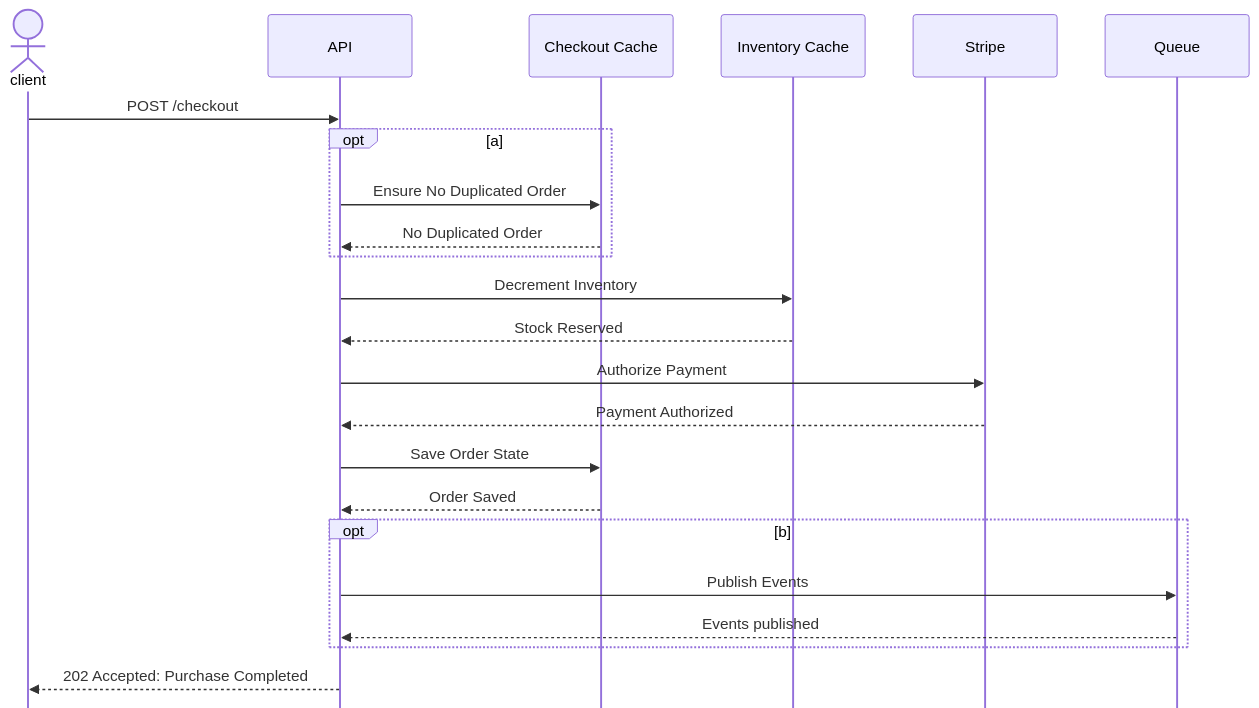
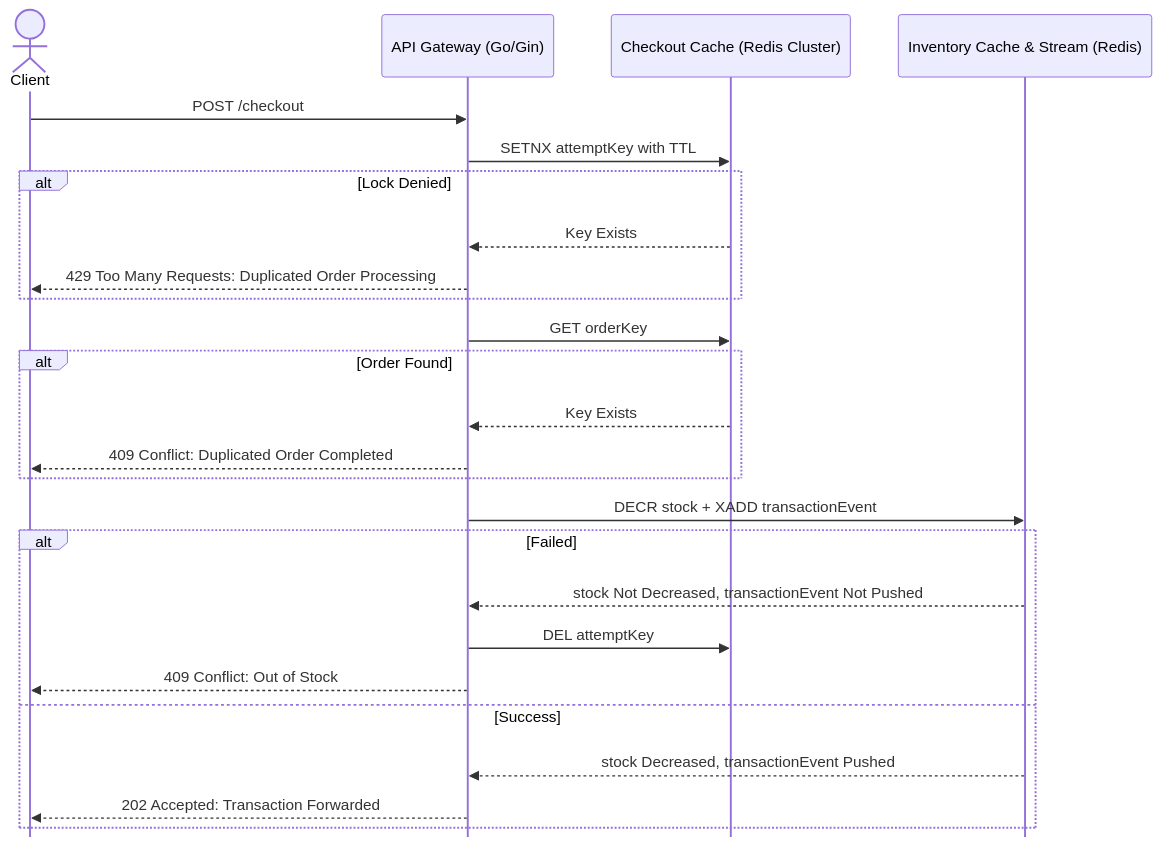
Before and after one commit to way-r/FairCheckout: the first of 4 diagrams in docs/DESIGN.md, drawn with Mermaid. The commit also changed other lines of this file, not shown here.

````diff
--- a/docs/DESIGN.md
+++ b/docs/DESIGN.md
@@ -21,34 +19,34 @@
 ```mermaid
 sequenceDiagram
-    %%{init: {'sequence': {'mirrorActors': false}}}%%    
+	%%{init: {'sequence': {'mirrorActors': false}}}%%
+	
+    actor C as Client
+    participant A as API Gateway (Go/Gin)
+    participant CC as Checkout Cache (Redis Cluster)
+    participant IC as Inventory Cache & Stream (Redis)
     
-    actor C as client
-    participant A as API
-    participant CC as Checkout Cache
-    participant IC as Inventory Cache
-    participant S as Stripe
-    participant Q as Queue
-
     C->>A: POST /checkout
     
-    opt a
-        A->>CC: Ensure No Duplicated Order
-        CC-->>A: No Duplicated Order
+    A->>CC: SETNX attemptKey with TTL
+    alt Lock Denied
+        CC-->>A: Key Exists
+        A-->>C: 429 Too Many Requests: Duplicated Order Processing
     end
     
-    A->>IC: Decrement Inventory
-    IC-->>A: Stock Reserved
-    
-    A->>S: Authorize Payment
-    S-->>A: Payment Authorized
-    
-    A->>CC: Save Order State
-    CC-->>A: Order Saved
-    
-    opt b
-        A->>Q: Publish Events
-        Q-->>A: Events published
+    A->>CC: GET orderKey
+    alt Order Found
+        CC-->>A: Key Exists
+        A-->>C: 409 Conflict: Duplicated Order Completed
     end
     
-    A-->>C: 202 Accepted: Purchase Completed
+	A->>IC: DECR stock + XADD transactionEvent
+    
+    alt Failed
+        IC-->>A: stock Not Decreased, transactionEvent Not Pushed
+        A->>CC: DEL attemptKey
+        A-->>C: 409 Conflict: Out of Stock
+    else Success
+        IC-->>A: stock Decreased, transactionEvent Pushed
+        A-->>C: 202 Accepted: Transaction Forwarded
+    end    
 ```
````
